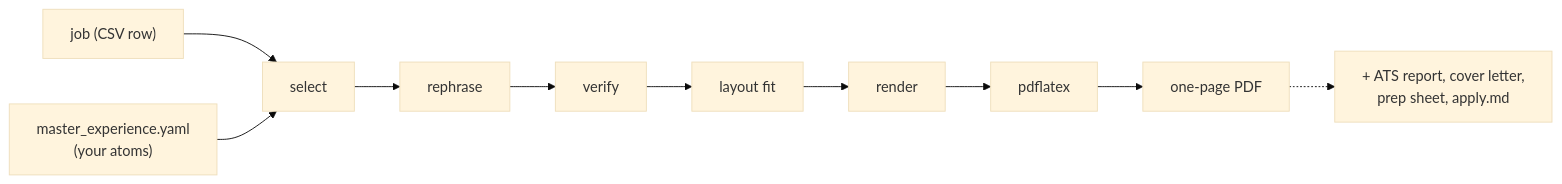
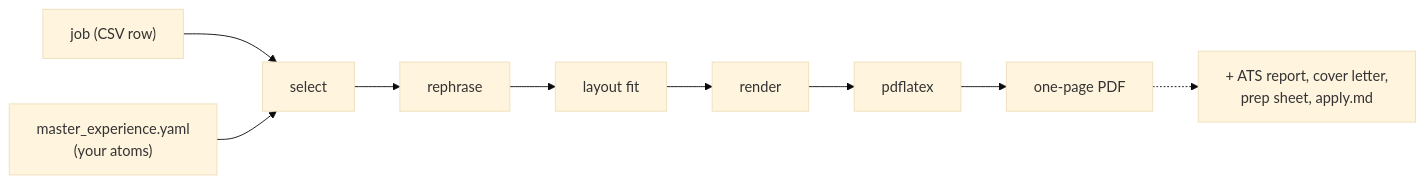
Before and after one commit to yib7/INployed: the diagram in docs/ARCHITECTURE.md, drawn with Mermaid (base theme). The commit also changed other lines of this file and 45 other files, not shown here.

````diff
--- a/docs/ARCHITECTURE.md
+++ b/docs/ARCHITECTURE.md
@@ -153,7 +159,7 @@
 ```mermaid
 flowchart LR
     JOB["job (CSV row)"] --> SEL["select"]
     YAML["master_experience.yaml<br/>(your atoms)"] --> SEL
-    SEL --> REP["rephrase"] --> VER["verify"] --> FIT["layout fit"] --> REN["render"] --> TEX["pdflatex"] --> PDF["one-page PDF"]
+    SEL --> REP["rephrase"] --> FIT["layout fit"] --> REN["render"] --> TEX["pdflatex"] --> PDF["one-page PDF"]
     PDF -.-> EXTRAS["+ ATS report, cover letter,<br/>prep sheet, apply.md"]
 ```
````
